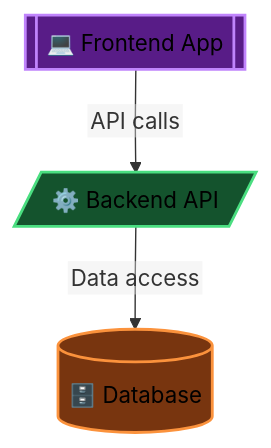
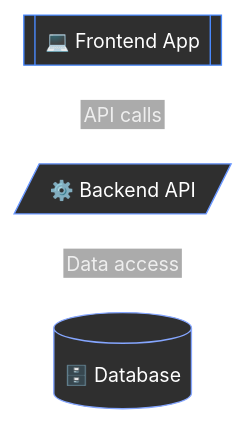
One commit to finos/architecture-as-code changed the diagram in calm-widgets/test-fixtures/block-architecture-widget/theme-dark/expected.md. Above: the diagram before and after it, drawn with Mermaid. The commit also changed 18 other files, not shown here.

````diff
--- a/calm-widgets/test-fixtures/block-architecture-widget/theme-dark/expected.md
+++ b/calm-widgets/test-fixtures/block-architecture-widget/theme-dark/expected.md
@@ -2,25 +2,35 @@
 ```mermaid
+---
+config:
+  theme: base
+  themeVariables:
+    fontFamily: -apple-system, BlinkMacSystemFont, 'Segoe WPC', 'Segoe UI', system-ui, 'Ubuntu', sans-serif
+    darkMode: true
+    fontSize: 14px
+    edgeLabelBackground: '#585858'
+    lineColor: '#ffffff'
+---
 %%{init: {"flowchart": {"htmlLabels": false}}}%%
 flowchart TB
-classDef boundary fill:#1e293b,stroke:#94a3b8,stroke-dasharray: 5 4,stroke-width:2px,color:#000;
-classDef node fill:#0f172a,stroke:#cbd5e1,stroke-width:1px,color:#000;
-classDef iface fill:#334155,stroke:#94a3b8,stroke-width:1px,font-size:10px,color:#000;
-classDef highlight fill:#854d0e,stroke:#fbbf24,stroke-width:2px,color:#000;
-classDef actor fill:#1e3a8a,stroke:#60a5fa,stroke-width:2px,color:#000;
-classDef database fill:#78350f,stroke:#fb923c,stroke-width:2px,color:#000;
-classDef webclient fill:#581c87,stroke:#c084fc,stroke-width:2px,color:#000;
-classDef service fill:#14532d,stroke:#4ade80,stroke-width:2px,color:#000;
-classDef messagebus fill:#831843,stroke:#f472b6,stroke-width:2px,color:#000;
-classDef system fill:#713f12,stroke:#fbbf24,stroke-width:2px,color:#000;
+classDef boundary fill:#434343,stroke:#9cb4ff,stroke-dasharray: 5 4,stroke-width:1px,color:#ffffff;
+classDef node fill:#2f2f2f,stroke:#007dff,stroke-width:1px,color:#ffffff;
+classDef iface fill:#343641,stroke:#9e9fa5,stroke-width:1px,font-size:10px,color:#ffffff;
+classDef highlight fill:#5a4929,stroke:#f0c060,stroke-width:1px,color:#ffffff;
+classDef actor fill:#2f2f2f,stroke:#007dff,stroke-width:1px,color:#ffffff;
+classDef database fill:#2f2f2f,stroke:#85a6ff,stroke-width:1px,color:#ffffff;
+classDef webclient fill:#2f2f2f,stroke:#4a8aff,stroke-width:1px,color:#ffffff;
+classDef service fill:#2f2f2f,stroke:#6b98ff,stroke-width:1px,color:#ffffff;
+classDef messagebus fill:#2f2f2f,stroke:#6b98ff,stroke-width:1px,color:#ffffff;
+classDef system fill:#2f2f2f,stroke:#9cb4ff,stroke-width:1px,color:#ffffff;
 
 
     backend[/"⚙️ Backend API"/]:::service
     db[(🗄️ Database)]:::database
     frontend[[💻 Frontend App]]:::webclient
 
     frontend -->|API calls| backend
     backend -->|Data access| db
 
 
 
 ```
````
